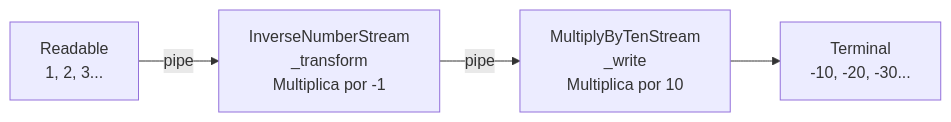
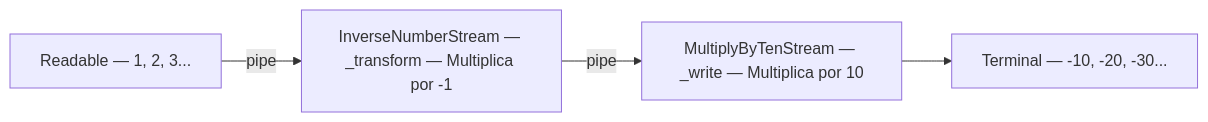
One commit to van-gomes/fundamentals-node-rocketseat changed the fourth of 4 diagrams in src/streams/README.md. Above: the diagram before and after it, drawn with Mermaid. The commit also changed other lines of this file, not shown here.

Commit message:
feat: create readme stream in Node.js

````diff
--- a/src/streams/README.md
+++ b/src/streams/README.md
@@ -57,6 +57,6 @@
 ```mermaid
 flowchart LR
-    A[Readable<br/>1, 2, 3...] -->|pipe| B[InverseNumberStream<br/>_transform<br/>Multiplica por -1]
-    B -->|pipe| C[MultiplyByTenStream<br/>_write<br/>Multiplica por 10]
-    C --> D[Terminal<br/>-10, -20, -30...]
+    A["Readable — 1, 2, 3..."] -->|pipe| B["InverseNumberStream — _transform — Multiplica por -1"]
+    B -->|pipe| C["MultiplyByTenStream — _write — Multiplica por 10"]
+    C --> D["Terminal — -10, -20, -30..."]
 ```
````
